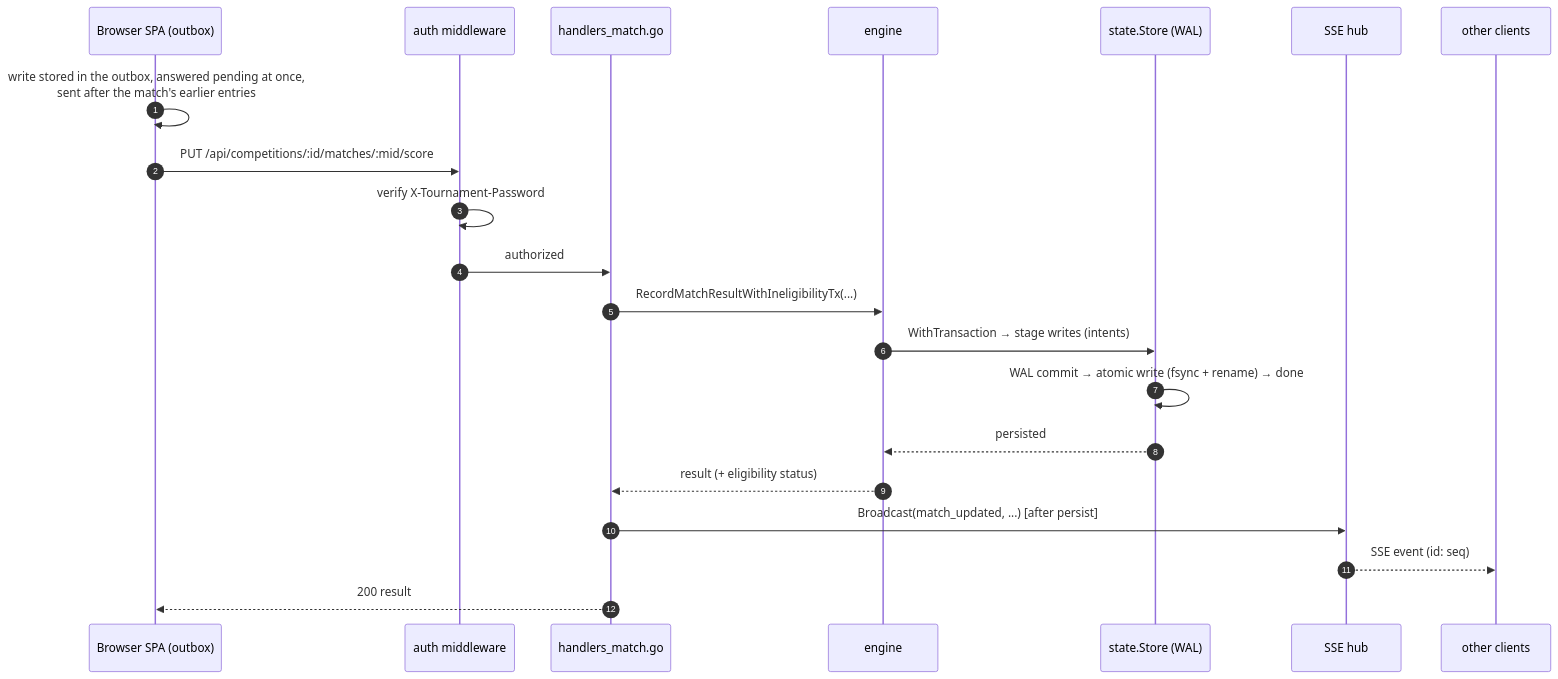
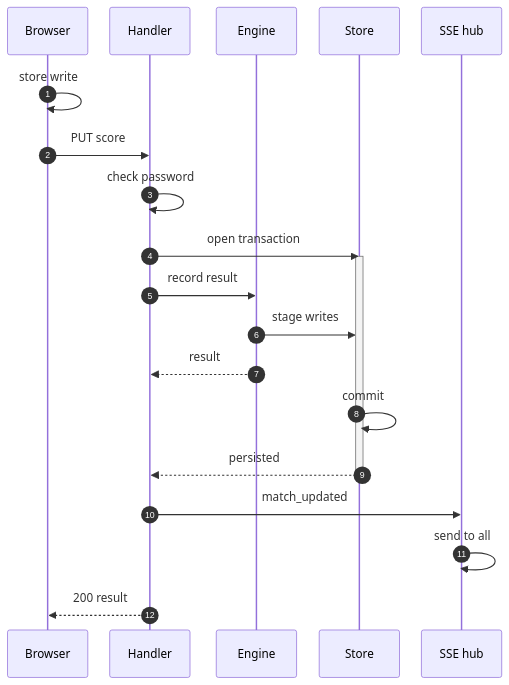
One commit to gitrgoliveira/bracket-creator changed the sixth of 8 diagrams in docs/architecture/software-architecture.md. Above: the diagram before and after it, drawn with Mermaid. The commit also changed other lines of this file and 49 other files, not shown here.

First line of the commit message:
fix(bc-arch): one transaction for participant edits; WAL stale-log guard; architecture docs

````diff
--- a/docs/architecture/software-architecture.md
+++ b/docs/architecture/software-architecture.md
@@ -176,24 +262,25 @@
 ```mermaid
+%%{init: {"sequence": {"width": 110, "actorMargin": 30}}}%%
 sequenceDiagram
     autonumber
-    participant SPA as Browser SPA (outbox)
-    participant MW as auth middleware
-    participant H as handlers_match.go
-    participant E as engine
-    participant S as state.Store (WAL)
+    participant B as Browser
+    participant H as Handler
+    participant E as Engine
+    participant S as Store
     participant HUB as SSE hub
-    participant OTHERS as other clients
 
-    SPA->>SPA: write stored in the outbox, answered pending at once,<br/>sent after the match's earlier entries
-    SPA->>MW: PUT /api/competitions/:id/matches/:mid/score
-    MW->>MW: verify X-Tournament-Password
-    MW->>H: authorized
-    H->>E: RecordMatchResultWithIneligibilityTx(...)
-    E->>S: WithTransaction → stage writes (intents)
-    S->>S: WAL commit → atomic write (fsync + rename) → done
-    S-->>E: persisted
-    E-->>H: result (+ eligibility status)
-    H->>HUB: Broadcast(match_updated, ...)  [after persist]
-    HUB-->>OTHERS: SSE event (id: seq)
-    H-->>SPA: 200 result
+    B->>B: store write
+    B->>H: PUT score
+    H->>H: check password
+    H->>S: open transaction
+    activate S
+    H->>E: record result
+    E->>S: stage writes
+    E-->>H: result
+    S->>S: commit
+    S-->>H: persisted
+    deactivate S
+    H->>HUB: match_updated
+    HUB->>HUB: send to all
+    H-->>B: 200 result
 ```
````
